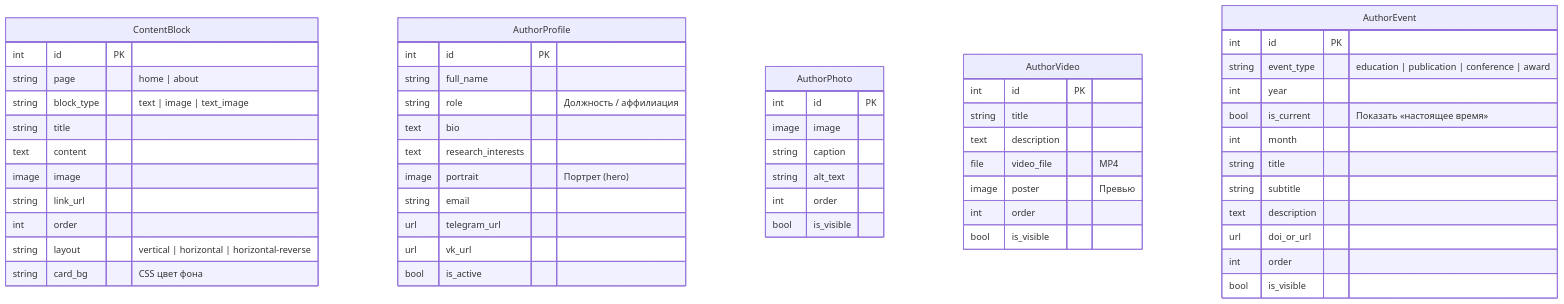
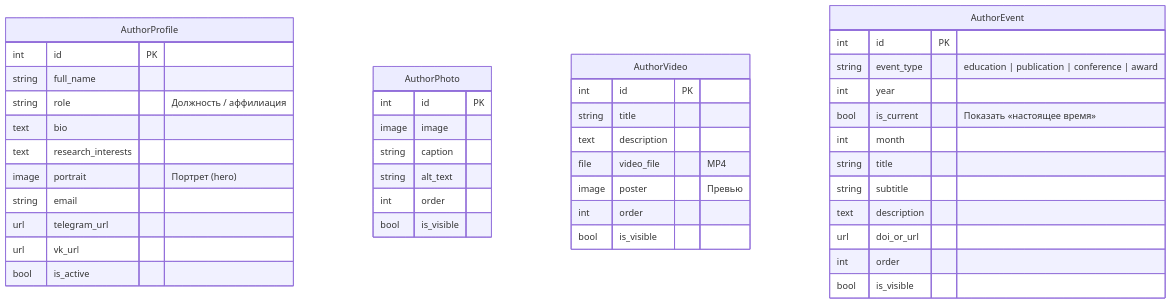
One commit to Kirill2517nv/SiteAboutMe changed the second of 10 diagrams in docs/database/er-diagram.md. Above: the diagram before and after it, drawn with Mermaid. The commit also changed other lines of this file and 79 other files, not shown here.

````diff
--- a/docs/database/er-diagram.md
+++ b/docs/database/er-diagram.md
@@ -59,61 +58,48 @@
 ```mermaid
 erDiagram
-    ContentBlock {
-        int id PK
-        string page "home | about"
-        string block_type "text | image | text_image"
-        string title
-        text content
-        image image
-        string link_url
-        int order
-        string layout "vertical | horizontal | horizontal-reverse"
-        string card_bg "CSS цвет фона"
-    }
-
     AuthorProfile {
         int id PK
         string full_name
         string role "Должность / аффилиация"
         text bio
         text research_interests
         image portrait "Портрет (hero)"
         string email
         url telegram_url
         url vk_url
         bool is_active
     }
 
     AuthorPhoto {
         int id PK
         image image
         string caption
         string alt_text
         int order
         bool is_visible
     }
 
     AuthorVideo {
         int id PK
         string title
         text description
         file video_file "MP4"
         image poster "Превью"
         int order
         bool is_visible
     }
 
     AuthorEvent {
         int id PK
         string event_type "education | publication | conference | award"
         int year
         bool is_current "Показать «настоящее время»"
         int month
         string title
         string subtitle
         text description
         url doi_or_url
         int order
         bool is_visible
     }
 ```
````
